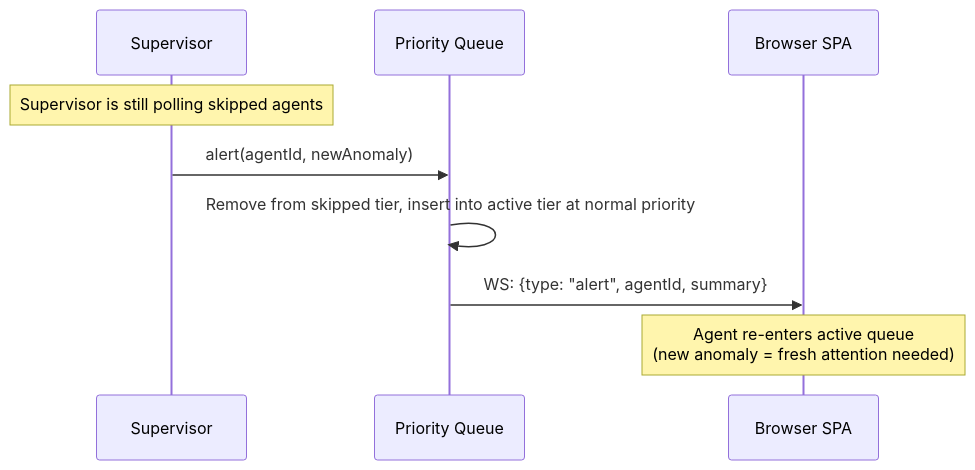
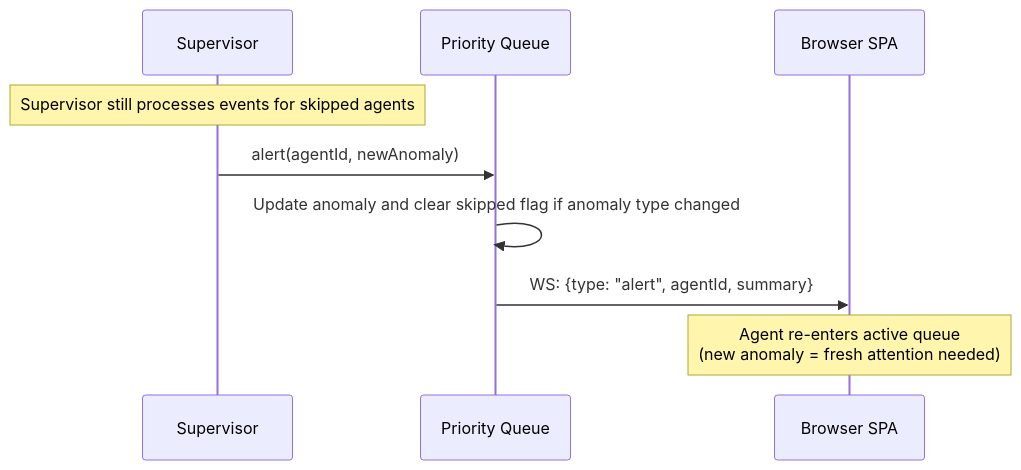
The sixth of 7 diagrams in docs/system-models/subsystems/attention-router/02-key-sequences.md (kookr-ai/kookr), drawn with Mermaid before and after one commit. The commit also changed other lines of this file and 23 other files, not shown here.

Commit message:
docs: reconcile architecture models with implementation

````diff
--- a/docs/system-models/subsystems/attention-router/02-key-sequences.md
+++ b/docs/system-models/subsystems/attention-router/02-key-sequences.md
@@ -118,12 +113,12 @@
 ```mermaid
 sequenceDiagram
   participant Sup as Supervisor
   participant PQ as Priority Queue
   participant SPA as Browser SPA
 
-  Note over Sup: Supervisor is still polling skipped agents
+  Note over Sup: Supervisor still processes events for skipped agents
   Sup->>PQ: alert(agentId, newAnomaly)
-  PQ->>PQ: Remove from skipped tier, insert into active tier at normal priority
+  PQ->>PQ: Update anomaly and clear skipped flag if anomaly type changed
   PQ->>SPA: WS: {type: "alert", agentId, summary}
   Note over SPA: Agent re-enters active queue<br/>(new anomaly = fresh attention needed)
 ```
````
